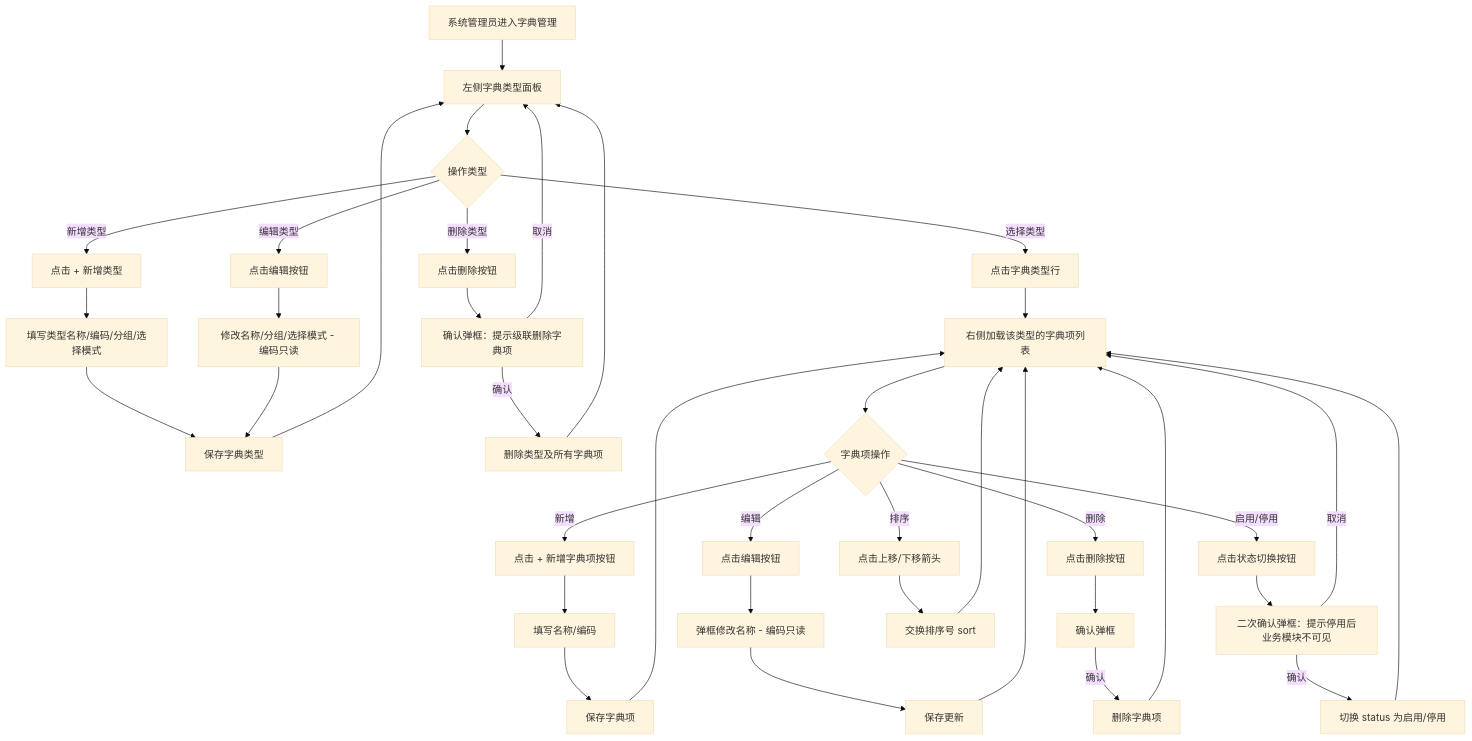
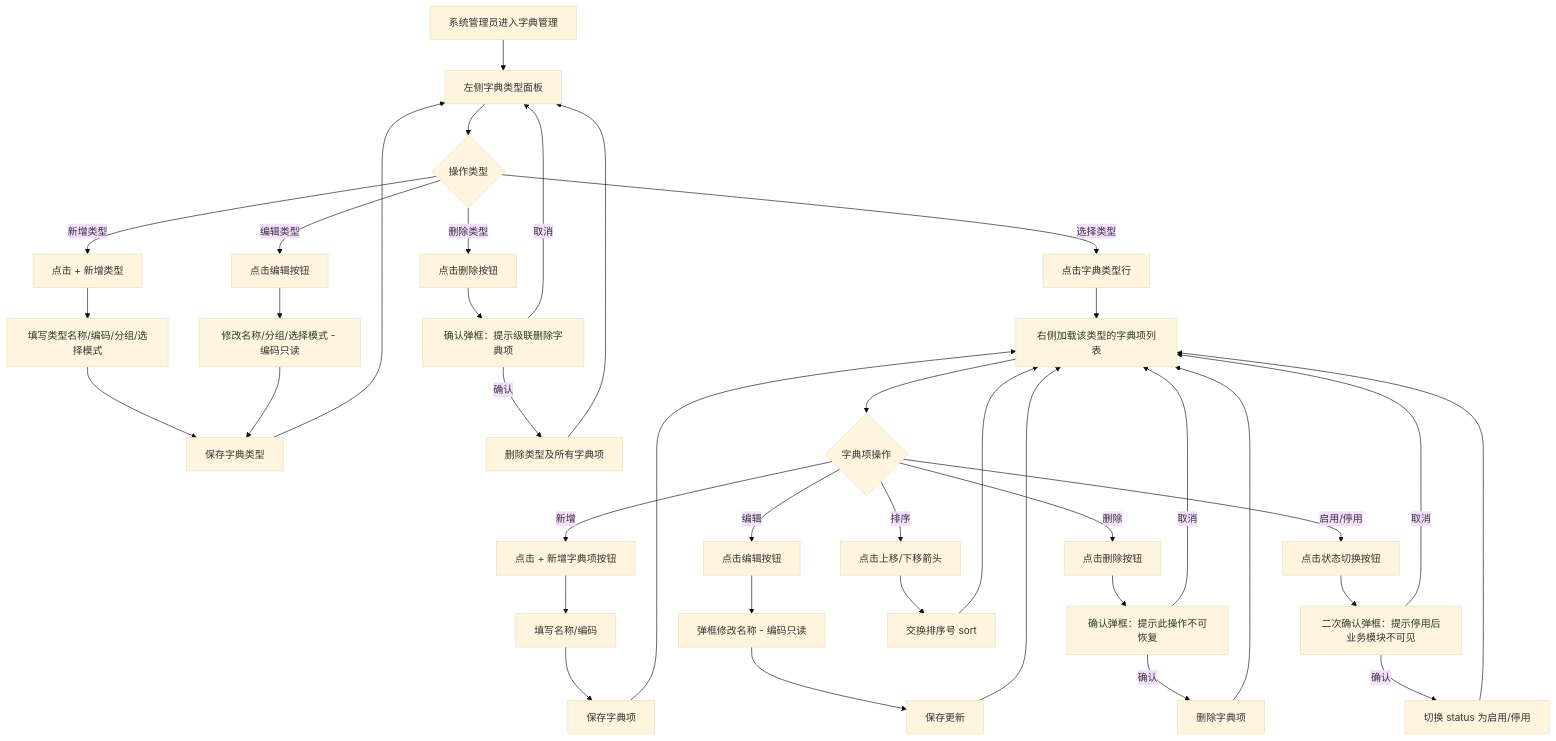
The sixth of 6 diagrams in dist/docs/PRD_系统管理模块.md (qiaodmpm/liuzhou-edu-hr), drawn with Mermaid (base theme) before and after one commit. The commit also changed 3 other files, not shown here.

First line of the commit message:
docs: PRD v1.2 字典管理流程图补齐删除字典项取消走向

````diff
--- a/dist/docs/PRD_系统管理模块.md
+++ b/dist/docs/PRD_系统管理模块.md
@@ -296,48 +296,49 @@
 ```mermaid
 flowchart TD
     A[系统管理员进入字典管理] --> B[左侧字典类型面板]
     B --> B1{操作类型}
     B1 -->|新增类型| C[点击 + 新增类型]
     C --> C1[填写类型名称/编码/分组/选择模式]
     C1 --> C2[保存字典类型]
     C2 --> B
     
     B1 -->|编辑类型| C3[点击编辑按钮]
     C3 --> C4[修改名称/分组/选择模式 - 编码只读]
     C4 --> C2
     
     B1 -->|删除类型| D[点击删除按钮]
     D --> D1[确认弹框：提示级联删除字典项]
     D1 -->|确认| D2[删除类型及所有字典项]
     D2 --> B
     D1 -->|取消| B
     
     B1 -->|选择类型| E[点击字典类型行]
     E --> F[右侧加载该类型的字典项列表]
     
     F --> F1{字典项操作}
     F1 -->|新增| G[点击 + 新增字典项按钮]
     G --> G1[填写名称/编码]
     G1 --> G2[保存字典项]
     G2 --> F
     
     F1 -->|编辑| H[点击编辑按钮]
     H --> H1[弹框修改名称 - 编码只读]
     H1 --> H2[保存更新]
     H2 --> F
     
     F1 -->|删除| I[点击删除按钮]
-    I --> I1[确认弹框]
+    I --> I1[确认弹框：提示此操作不可恢复]
     I1 -->|确认| I2[删除字典项]
     I2 --> F
+    I1 -->|取消| F
     
     F1 -->|排序| J[点击上移/下移箭头]
     J --> J1[交换排序号 sort]
     J1 --> F
     
     F1 -->|启用/停用| K[点击状态切换按钮]
     K --> K1[二次确认弹框：提示停用后业务模块不可见]
     K1 -->|确认| K2[切换 status 为启用/停用]
     K2 --> F
     K1 -->|取消| F
 ```
````
